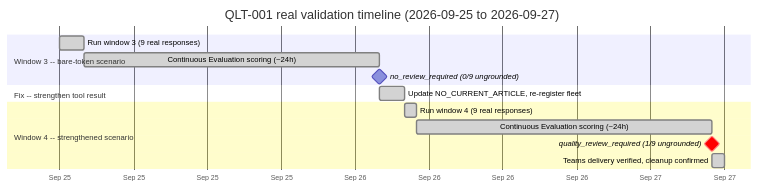
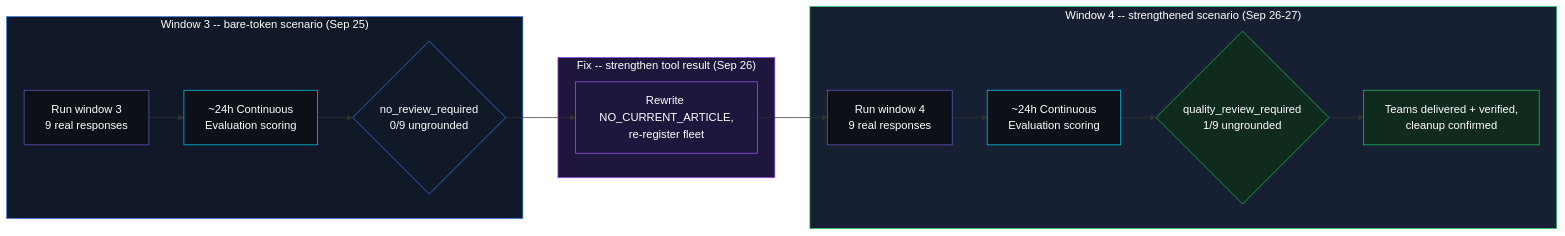
The second of 2 diagrams in controls/grounding_and_quality/QLT-001_hallucination_rate_high/README.md (doruit/forged-with-foundry), drawn with Mermaid before and after one commit. The commit also changed other lines of this file, not shown here.

Commit message:
docs(qlt-001): replace the timeline gantt with a readable flowchart
The gantt chart's true-to-scale bar widths squashed every step that
wasn't one of the two ~24h Continuous Evaluation waits into an
illegible sliver, and its default section-label contrast was poor on
GitHub's dark theme. Replace it with a flowchart LR using the same
classDef palette as the Logical design diagram above it, with real
dates and durations as text annotations instead of encoded bar width.

````diff
--- a/controls/grounding_and_quality/QLT-001_hallucination_rate_high/README.md
+++ b/controls/grounding_and_quality/QLT-001_hallucination_rate_high/README.md
@@ -335,20 +338,34 @@
 ```mermaid
-gantt
-  title QLT-001 real validation timeline (2026-09-25 to 2026-09-27)
-  dateFormat  YYYY-MM-DD HH:mm
-  axisFormat  %b %d
+flowchart LR
+  subgraph W3["Window 3 -- bare-token scenario (Sep 25)"]
+    A1["Run window 3<br/>9 real responses"]
+    A2["~24h Continuous<br/>Evaluation scoring"]
+    A3{"no_review_required<br/>0/9 ungrounded"}
+    A1 --> A2 --> A3
+  end
+  subgraph FX["Fix -- strengthen tool result (Sep 26)"]
+    B1["Rewrite NO_CURRENT_ARTICLE,<br/>re-register fleet"]
+  end
+  subgraph W4["Window 4 -- strengthened scenario (Sep 26-27)"]
+    C1["Run window 4<br/>9 real responses"]
+    C2["~24h Continuous<br/>Evaluation scoring"]
+    C3{"quality_review_required<br/>1/9 ungrounded"}
+    C4["Teams delivered + verified,<br/>cleanup confirmed"]
+    C1 --> C2 --> C3 --> C4
+  end
+  A3 --> B1 --> C1
 
-  section Window 3 -- bare-token scenario
-  Run window 3 (9 real responses)              :done, w3run, 2026-09-25 00:00, 2h
-  Continuous Evaluation scoring (~24h)         :done, w3eval, after w3run, 24h
-  no_review_required (0/9 ungrounded)          :milestone, m1, after w3eval, 0h
-
-  section Fix -- strengthen tool result
-  Update NO_CURRENT_ARTICLE, re-register fleet :done, fix, after m1, 2h
-
-  section Window 4 -- strengthened scenario
-  Run window 4 (9 real responses)              :done, w4run, after fix, 1h
-  Continuous Evaluation scoring (~24h)         :done, w4eval, after w4run, 24h
-  quality_review_required (1/9 ungrounded)     :crit, milestone, m2, after w4eval, 0h
-  Teams delivery verified, cleanup confirmed   :done, wrap, after m2, 1h
+  classDef fleet fill:#0D1117,stroke:#6E56CF,color:#FFFFFF
+  classDef signal fill:#0D1117,stroke:#00D4FF,color:#FFFFFF
+  classDef fix fill:#1F163D,stroke:#A855F7,color:#FFFFFF
+  classDef neutral fill:#111827,stroke:#3B82F6,color:#FFFFFF
+  classDef success fill:#102A1D,stroke:#22C55E,color:#FFFFFF
+  class A1,C1 fleet
+  class A2,C2 signal
+  class B1 fix
+  class A3 neutral
+  class C3,C4 success
+  style W3 fill:#111827,stroke:#3B82F6,color:#FFFFFF
+  style FX fill:#1F163D,stroke:#A855F7,color:#FFFFFF
+  style W4 fill:#172033,stroke:#22C55E,color:#FFFFFF
 ```
````
